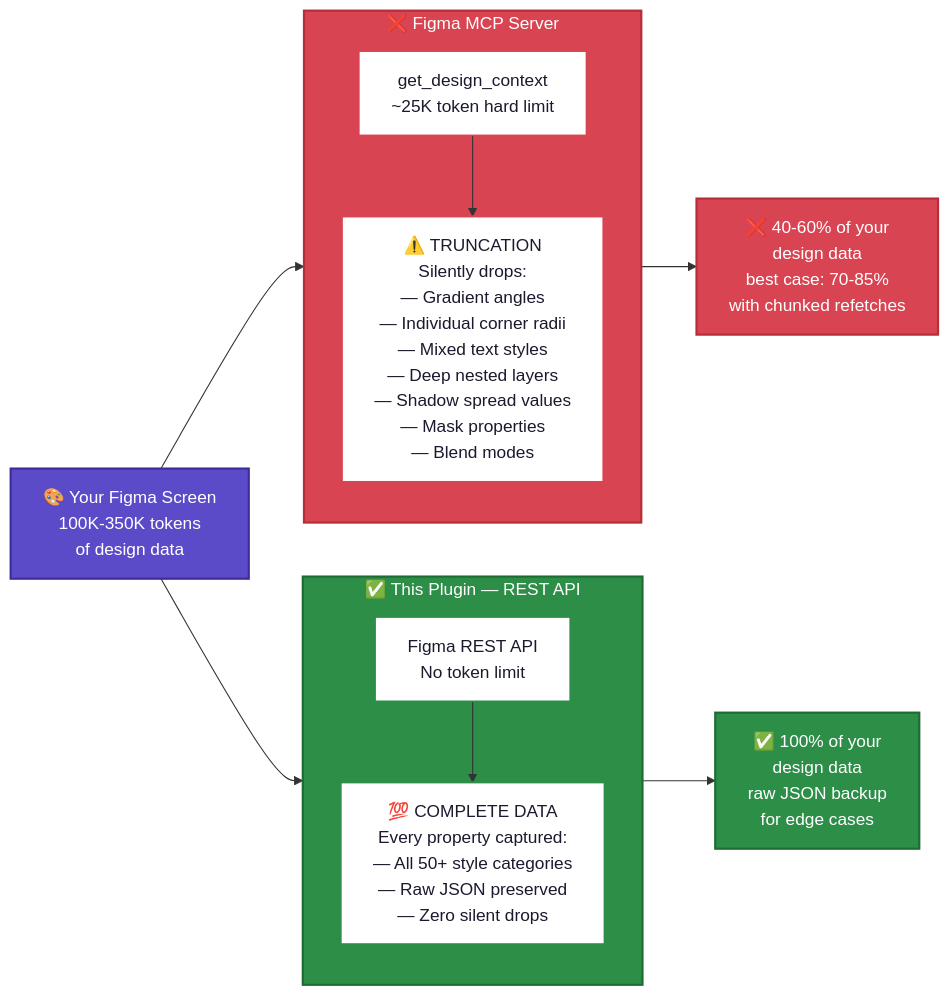
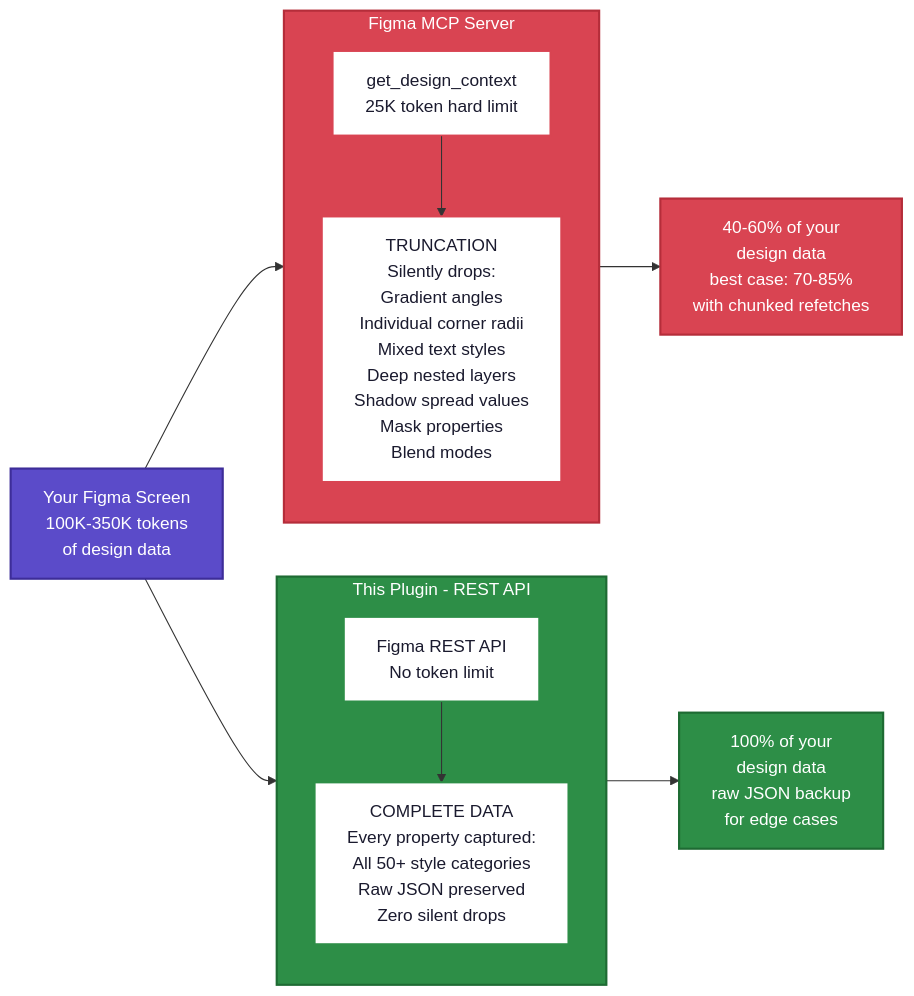
The ninth of 10 diagrams in README.md (bazingga08/figma-to-code), drawn with Mermaid before and after one commit. The commit also changed other lines of this file, not shown here.

First line of the commit message:
fix: remove emojis from Mermaid diagrams to fix GitHub 500 error

````diff
--- a/README.md
+++ b/README.md
@@ -371,32 +371,32 @@
 ```mermaid
 flowchart LR
-    DESIGN["🎨 Your Figma Screen\n100K-350K tokens\nof design data"] --> MCP
+    DESIGN[Your Figma Screen<br/>100K-350K tokens<br/>of design data] --> MCP
 
-    subgraph MCP ["❌ Figma MCP Server"]
+    subgraph MCP [Figma MCP Server]
         direction TB
-        M1["get_design_context\n~25K token hard limit"]
-        M1 --> TRUNC["⚠️ TRUNCATION\nSilently drops:\n— Gradient angles\n— Individual corner radii\n— Mixed text styles\n— Deep nested layers\n— Shadow spread values\n— Mask properties\n— Blend modes"]
+        M1[get_design_context<br/>25K token hard limit]
+        M1 --> TRUNC[TRUNCATION<br/>Silently drops:<br/>Gradient angles<br/>Individual corner radii<br/>Mixed text styles<br/>Deep nested layers<br/>Shadow spread values<br/>Mask properties<br/>Blend modes]
     end
 
-    subgraph REST ["✅ This Plugin — REST API"]
+    subgraph REST [This Plugin - REST API]
         direction TB
-        R1["Figma REST API\nNo token limit"]
-        R1 --> FULL["💯 COMPLETE DATA\nEvery property captured:\n— All 50+ style categories\n— Raw JSON preserved\n— Zero silent drops"]
+        R1[Figma REST API<br/>No token limit]
+        R1 --> FULL[COMPLETE DATA<br/>Every property captured:<br/>All 50+ style categories<br/>Raw JSON preserved<br/>Zero silent drops]
     end
 
     DESIGN --> REST
 
-    MCP --> OUT1["❌ 40-60% of your\ndesign data\nbest case: 70-85%\nwith chunked refetches"]
+    MCP --> OUT1[40-60% of your<br/>design data<br/>best case: 70-85%<br/>with chunked refetches]
 
-    REST --> OUT2["✅ 100% of your\ndesign data\nraw JSON backup\nfor edge cases"]
+    REST --> OUT2[100% of your<br/>design data<br/>raw JSON backup<br/>for edge cases]
 
     style DESIGN fill:#5B4BC9,color:#ffffff,stroke:#3d2d99,stroke-width:2px
     style MCP fill:#D94452,color:#ffffff,stroke:#b52d3a,stroke-width:2px
     style REST fill:#2D8E47,color:#ffffff,stroke:#1e6b33,stroke-width:2px
     style M1 fill:#ffffff,color:#1a1a2e,stroke:#D94452,stroke-width:1.5px
     style TRUNC fill:#ffffff,color:#1a1a2e,stroke:#D94452,stroke-width:2px
     style R1 fill:#ffffff,color:#1a1a2e,stroke:#2D8E47,stroke-width:1.5px
     style FULL fill:#ffffff,color:#1a1a2e,stroke:#2D8E47,stroke-width:2px
     style OUT1 fill:#D94452,color:#ffffff,stroke:#b52d3a,stroke-width:2px
     style OUT2 fill:#2D8E47,color:#ffffff,stroke:#1e6b33,stroke-width:2px
 ```
````
